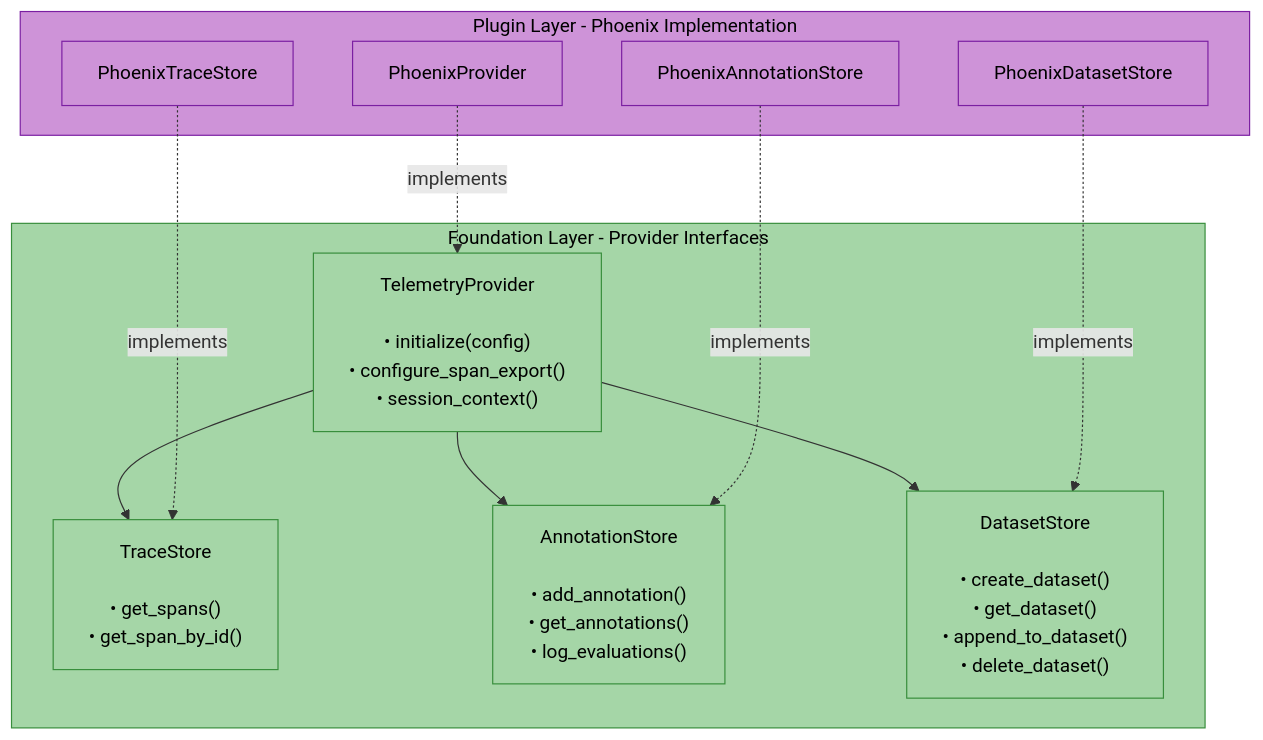
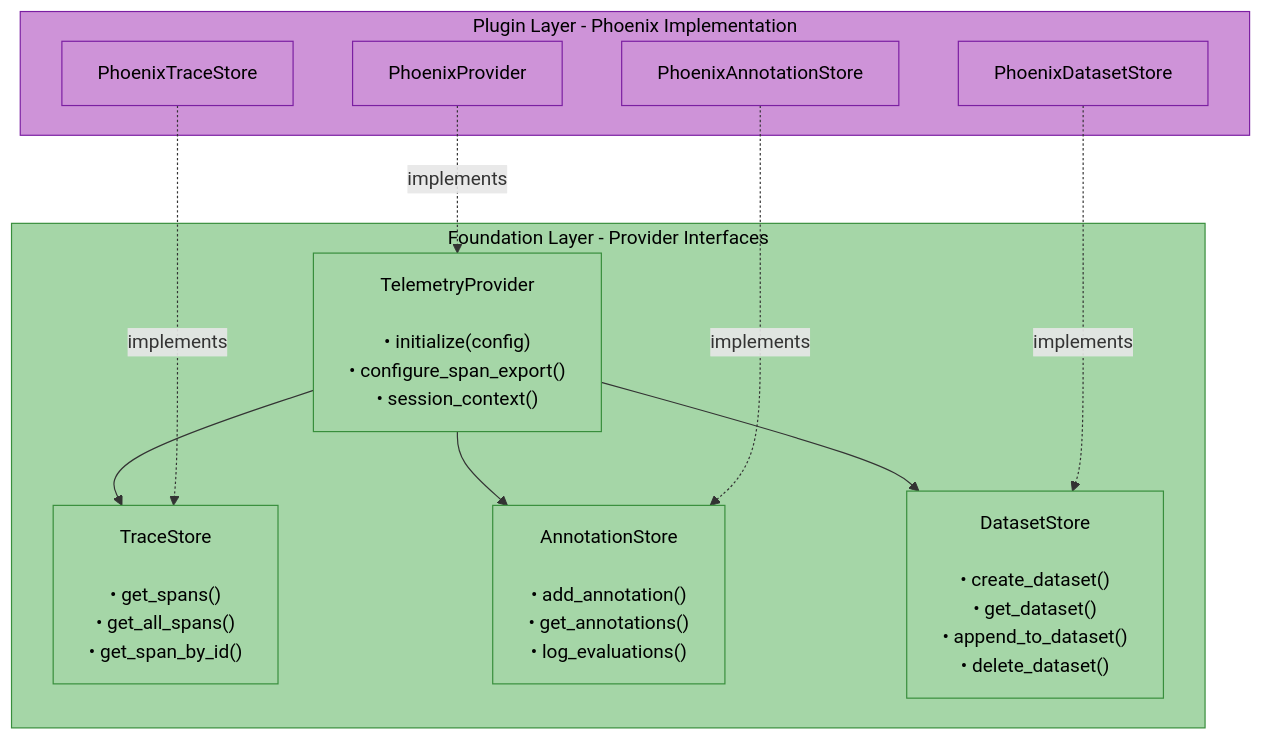
The fourth of 4 diagrams in docs/modules/telemetry.md (amit-jain/cogniverse), drawn with Mermaid before and after one commit. The commit also changed other lines of this file and 7 other files, not shown here.

````diff
--- a/docs/modules/telemetry.md
+++ b/docs/modules/telemetry.md
@@ -325,36 +325,36 @@
 ```mermaid
 flowchart TB
     subgraph Abstraction["<span style='color:#000'>Foundation Layer - Provider Interfaces</span>"]
         TelemetryProvider["<span style='color:#000'>TelemetryProvider<br/><br/>• initialize(config)<br/>• configure_span_export()<br/>• session_context()</span>"]
-        TraceStore["<span style='color:#000'>TraceStore<br/><br/>• get_spans()<br/>• get_span_by_id()</span>"]
+        TraceStore["<span style='color:#000'>TraceStore<br/><br/>• get_spans()<br/>• get_all_spans()<br/>• get_span_by_id()</span>"]
         AnnotationStore["<span style='color:#000'>AnnotationStore<br/><br/>• add_annotation()<br/>• get_annotations()<br/>• log_evaluations()</span>"]
         DatasetStore["<span style='color:#000'>DatasetStore<br/><br/>• create_dataset()<br/>• get_dataset()<br/>• append_to_dataset()<br/>• delete_dataset()</span>"]
     end
 
     TelemetryProvider --> TraceStore
     TelemetryProvider --> AnnotationStore
     TelemetryProvider --> DatasetStore
 
     subgraph Implementation["<span style='color:#000'>Plugin Layer - Phoenix Implementation</span>"]
         PhoenixProvider["<span style='color:#000'>PhoenixProvider</span>"]
         PhoenixTraceStore["<span style='color:#000'>PhoenixTraceStore</span>"]
         PhoenixAnnotationStore["<span style='color:#000'>PhoenixAnnotationStore</span>"]
         PhoenixDatasetStore["<span style='color:#000'>PhoenixDatasetStore</span>"]
     end
 
     PhoenixProvider -.->|implements| TelemetryProvider
     PhoenixTraceStore -.->|implements| TraceStore
     PhoenixAnnotationStore -.->|implements| AnnotationStore
     PhoenixDatasetStore -.->|implements| DatasetStore
 
     style Abstraction fill:#a5d6a7,stroke:#388e3c,color:#000
     style Implementation fill:#ce93d8,stroke:#7b1fa2,color:#000
     style TelemetryProvider fill:#a5d6a7,stroke:#388e3c,color:#000
     style TraceStore fill:#a5d6a7,stroke:#388e3c,color:#000
     style AnnotationStore fill:#a5d6a7,stroke:#388e3c,color:#000
     style DatasetStore fill:#a5d6a7,stroke:#388e3c,color:#000
     style PhoenixProvider fill:#ce93d8,stroke:#7b1fa2,color:#000
     style PhoenixTraceStore fill:#ce93d8,stroke:#7b1fa2,color:#000
     style PhoenixAnnotationStore fill:#ce93d8,stroke:#7b1fa2,color:#000
     style PhoenixDatasetStore fill:#ce93d8,stroke:#7b1fa2,color:#000
 ```
````
